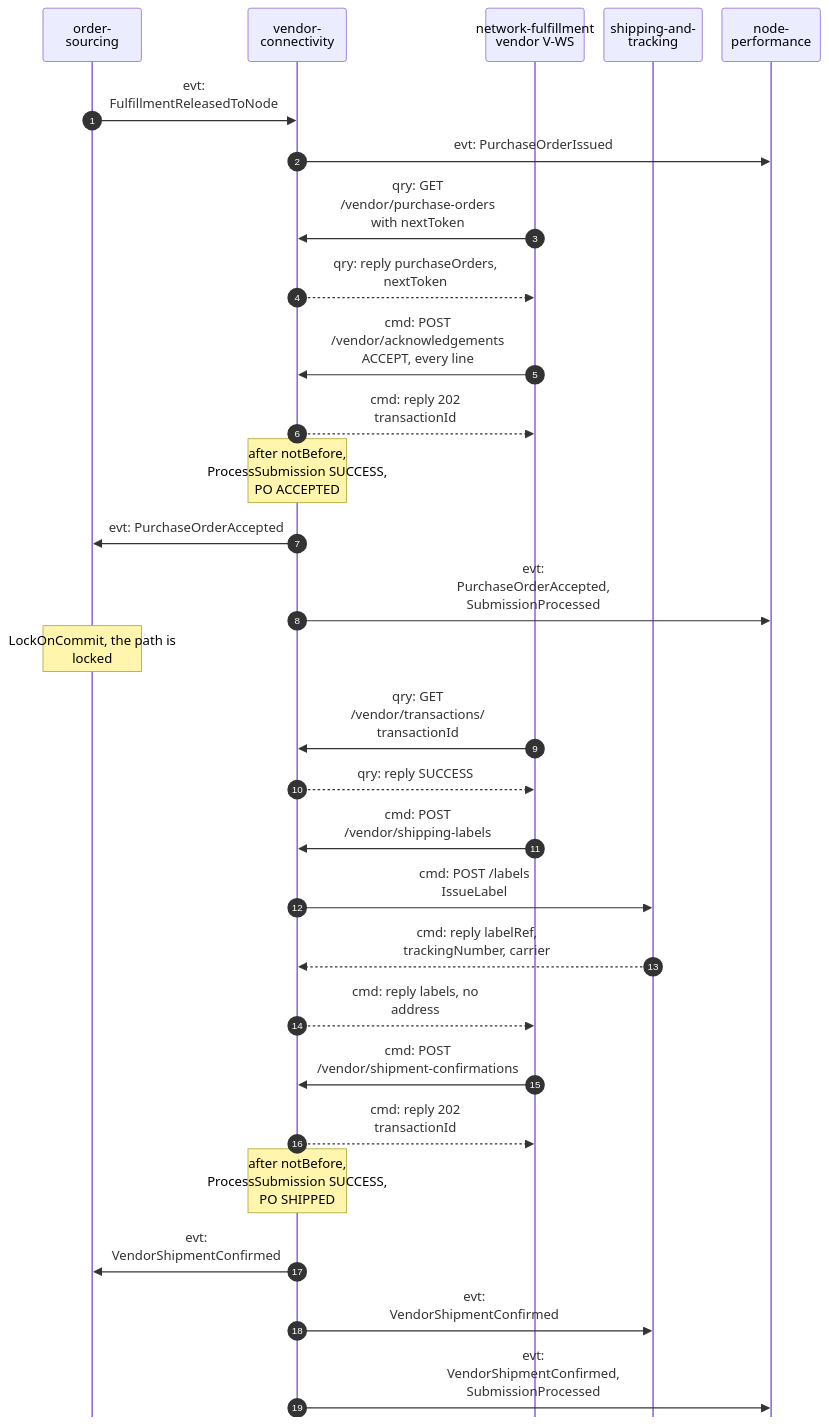
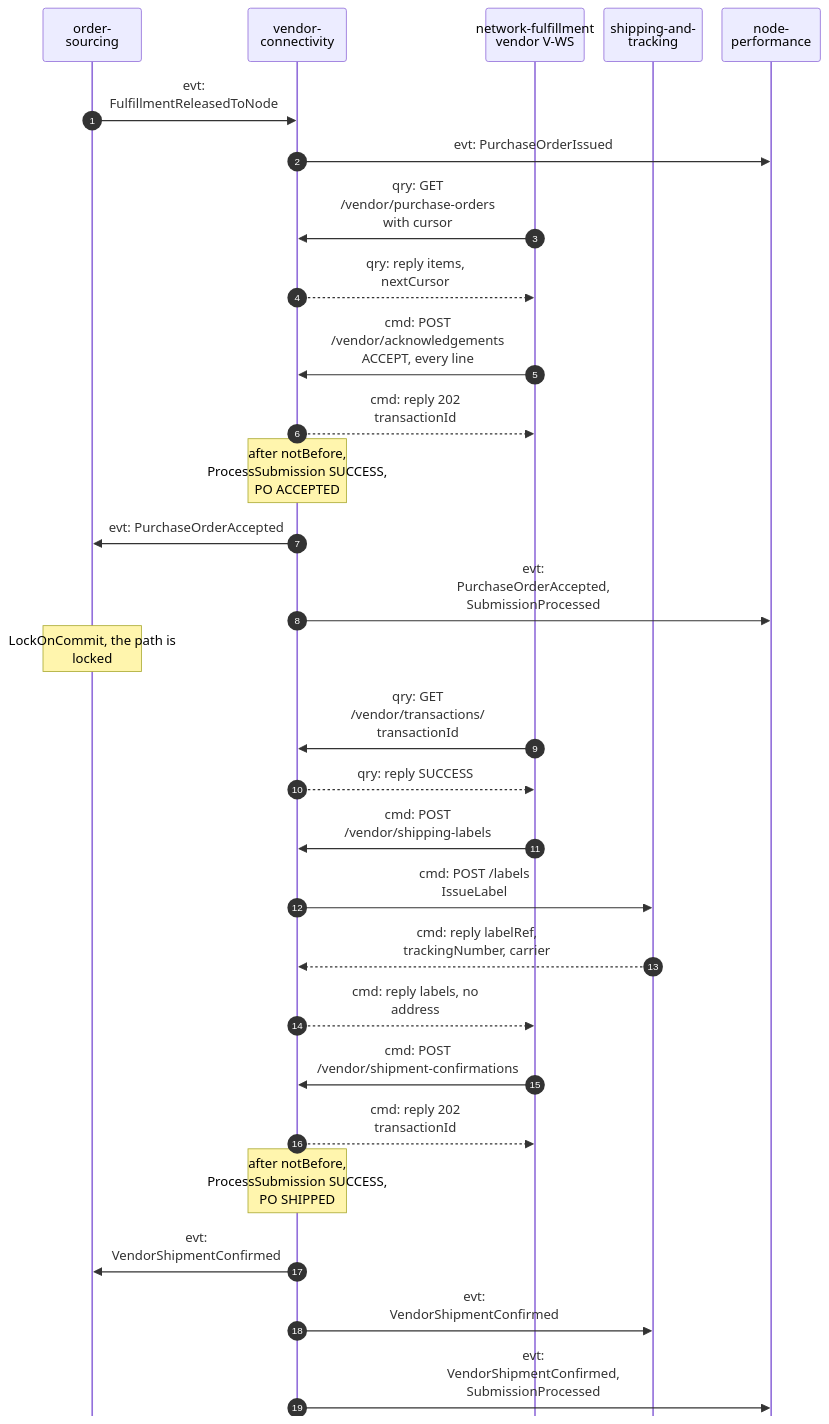
The first of 5 diagrams in docs/docs/ddd/domain-message-flow.md (IQVO/vendor-connectivity), drawn with Mermaid before and after one commit. The commit also changed other lines of this file and 64 other files, not shown here.

````diff
--- a/docs/docs/ddd/domain-message-flow.md
+++ b/docs/docs/ddd/domain-message-flow.md
@@ -20,32 +20,32 @@
 ```mermaid
 %%{init: {"sequence": {"wrap": true, "width": 120, "actorMargin": 24, "messageMargin": 28, "boxMargin": 6, "noteMargin": 6, "mirrorActors": false}}}%%
 sequenceDiagram
     autonumber
     participant OS as order-<br/>sourcing
     participant VC as vendor-<br/>connectivity
     participant NF as network-fulfillment<br/>vendor V-WS
     participant ST as shipping-and-<br/>tracking
     participant NP as node-<br/>performance
     OS->>VC: evt:<br/>FulfillmentReleasedToNode
     VC->>NP: evt: PurchaseOrderIssued
-    NF->>VC: qry: GET<br/>/vendor/purchase-orders<br/>with nextToken
-    VC-->>NF: qry: reply purchaseOrders,<br/>nextToken
+    NF->>VC: qry: GET<br/>/vendor/purchase-orders<br/>with cursor
+    VC-->>NF: qry: reply items,<br/>nextCursor
     NF->>VC: cmd: POST<br/>/vendor/acknowledgements<br/>ACCEPT, every line
     VC-->>NF: cmd: reply 202<br/>transactionId
     Note over VC: after notBefore,<br/>ProcessSubmission SUCCESS,<br/>PO ACCEPTED
     VC->>OS: evt: PurchaseOrderAccepted
     VC->>NP: evt:<br/>PurchaseOrderAccepted,<br/>SubmissionProcessed
     Note over OS: LockOnCommit, the path is<br/>locked
     NF->>VC: qry: GET<br/>/vendor/transactions/<br/>transactionId
     VC-->>NF: qry: reply SUCCESS
     NF->>VC: cmd: POST<br/>/vendor/shipping-labels
     VC->>ST: cmd: POST /labels<br/>IssueLabel
     ST-->>VC: cmd: reply labelRef,<br/>trackingNumber, carrier
     VC-->>NF: cmd: reply labels, no<br/>address
     NF->>VC: cmd: POST<br/>/vendor/shipment-confirmations
     VC-->>NF: cmd: reply 202<br/>transactionId
     Note over VC: after notBefore,<br/>ProcessSubmission SUCCESS,<br/>PO SHIPPED
     VC->>OS: evt:<br/>VendorShipmentConfirmed
     VC->>ST: evt:<br/>VendorShipmentConfirmed
     VC->>NP: evt:<br/>VendorShipmentConfirmed,<br/>SubmissionProcessed
 ```
````
